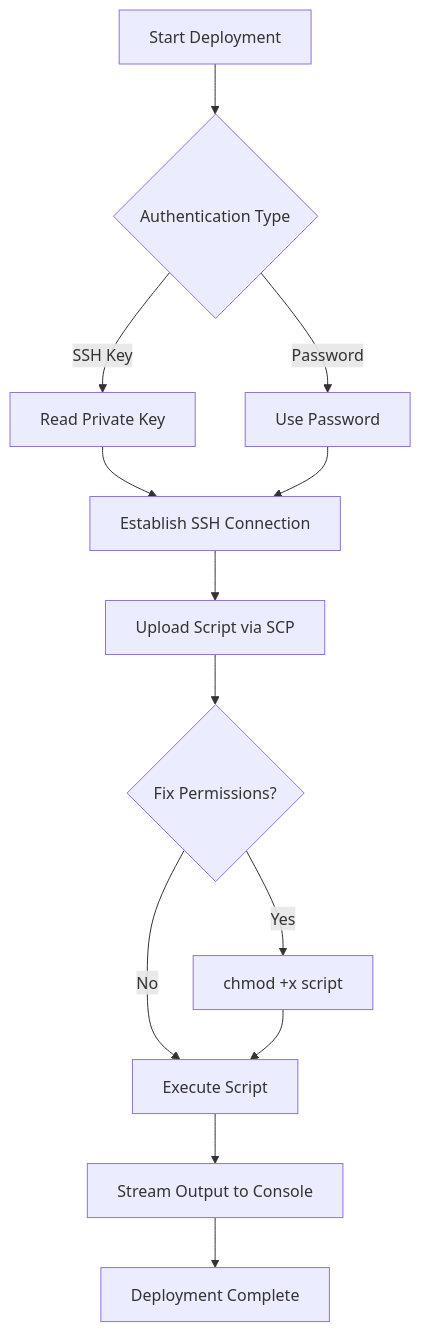
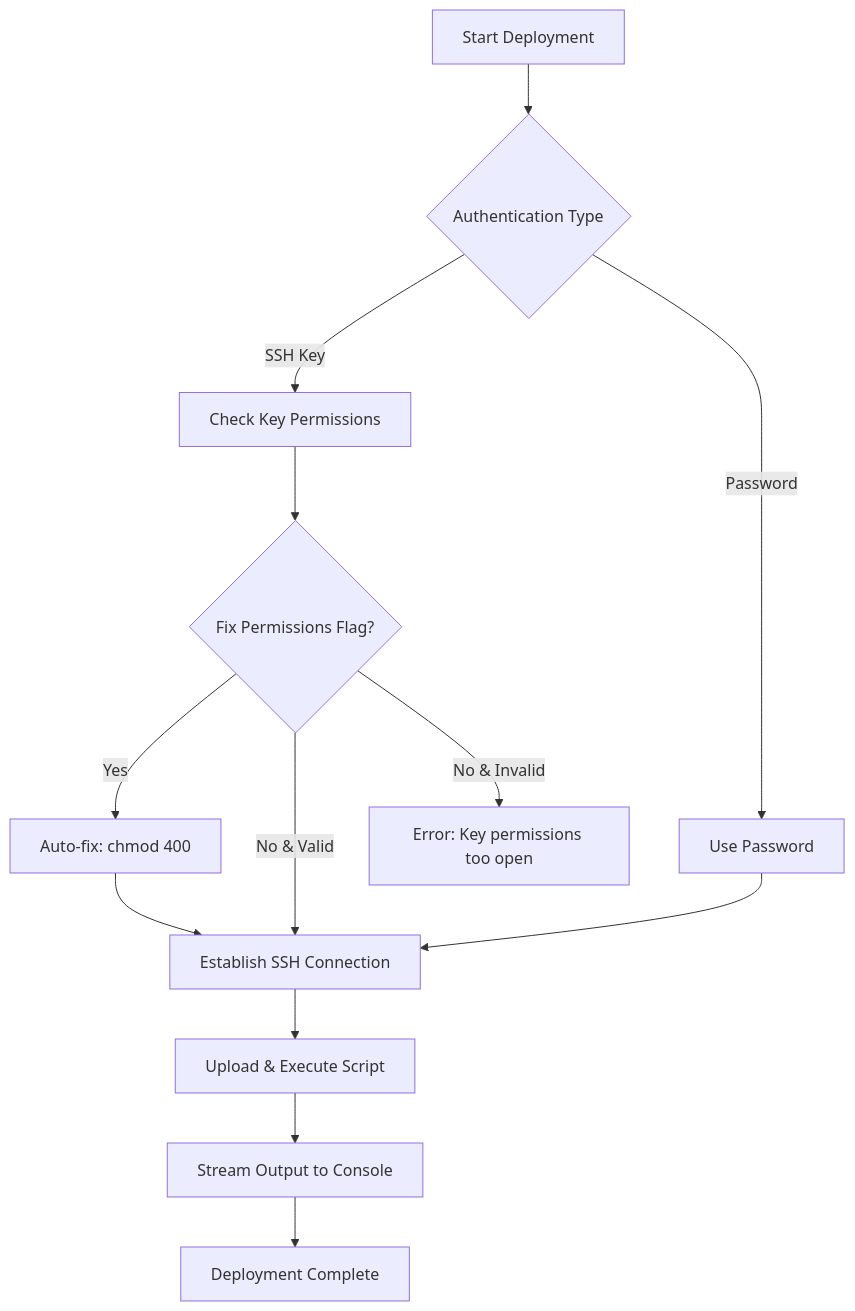
The diagram in docs/website/docs/carlin/05-commands/deploy-vm.mdx (ttoss/ttoss), drawn with Mermaid before and after one commit. The commit also changed other lines of this file, not shown here.

Commit message:
docs(carlin): clarify --fix-permissions flag applies to SSH key files, not remote scripts

````diff
--- a/docs/website/docs/carlin/05-commands/deploy-vm.mdx
+++ b/docs/website/docs/carlin/05-commands/deploy-vm.mdx
@@ -88,15 +88,15 @@
 ```mermaid
 flowchart TD
     A[Start Deployment] --> B{Authentication Type}
-    B -->|SSH Key| C[Read Private Key]
+    B -->|SSH Key| C[Check Key Permissions]
     B -->|Password| D[Use Password]
-    C --> E[Establish SSH Connection]
-    D --> E
-    E --> F[Upload Script via SCP]
-    F --> G{Fix Permissions?}
-    G -->|Yes| H[chmod +x script]
-    G -->|No| I[Execute Script]
-    H --> I
+    C --> E{Fix Permissions Flag?}
+    E -->|Yes| F[Auto-fix: chmod 400]
+    E -->|No & Invalid| G[Error: Key permissions too open]
+    F --> H[Establish SSH Connection]
+    E -->|No & Valid| H
+    D --> H
+    H --> I[Upload & Execute Script]
     I --> J[Stream Output to Console]
     J --> K[Deployment Complete]
 ```
````
